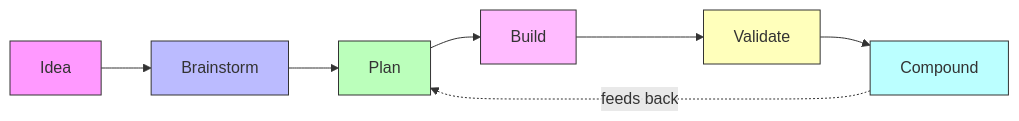
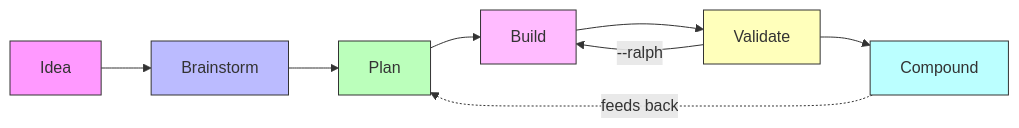
The first of 3 diagrams in README.md (rebekz/tactical-engineering-plugin), drawn with Mermaid before and after one commit. The commit also changed other lines of this file and 35 other files, not shown here.

````diff
--- a/README.md
+++ b/README.md
@@ -16,16 +16,17 @@
 ```mermaid
 graph LR
     A[Idea] --> B[Brainstorm]
     B --> C[Plan]
     C --> D[Build]
     D --> E[Validate]
+    E -->|"--ralph"| D
     E --> F[Compound]
     F -.->|feeds back| C
 
     style A fill:#f9f,stroke:#333
     style B fill:#bbf,stroke:#333
     style C fill:#bfb,stroke:#333
     style D fill:#fbf,stroke:#333
     style E fill:#ffb,stroke:#333
     style F fill:#bff,stroke:#333
 ```
````
